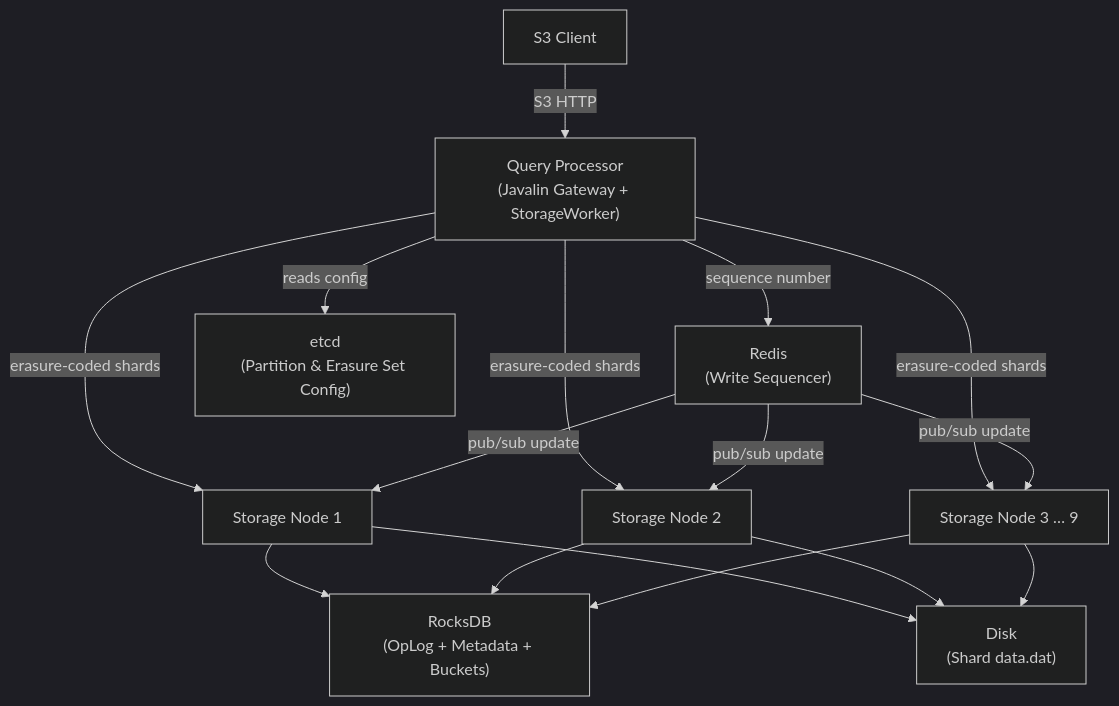
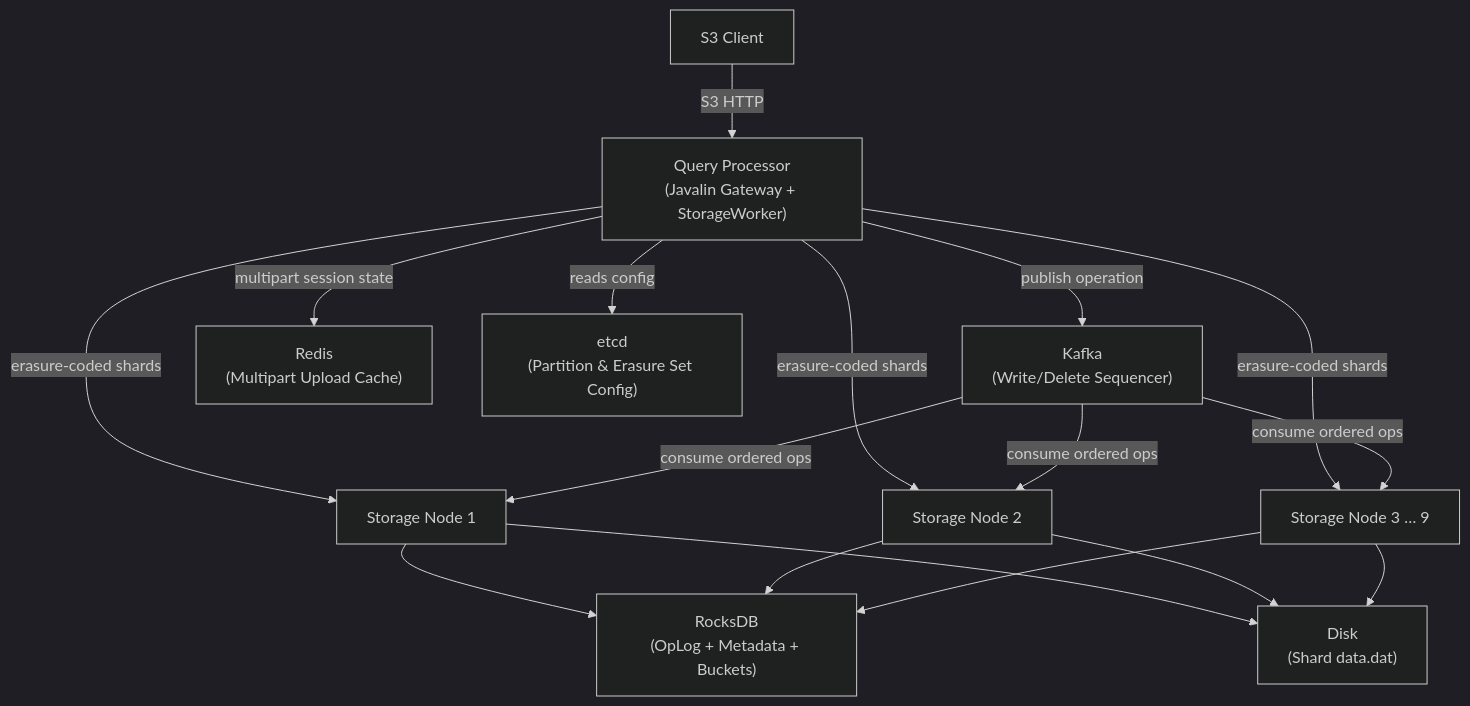
One commit to S26-Distributed-Capstone/Koop changed the first of 16 diagrams in docs/workflow.md. Above: the diagram before and after it, drawn with Mermaid (dark theme). The commit also changed other lines of this file, not shown here.

Commit message:
Update workflow documentation to reflect Kafka integration as the sequencer for operations

````diff
--- a/docs/workflow.md
+++ b/docs/workflow.md
@@ -34,28 +34,30 @@
 ```mermaid
 graph TD
     Client["S3 Client"]
     QP["Query Processor\n(Javalin Gateway + StorageWorker)"]
-    Redis["Redis\n(Write Sequencer)"]
+    Kafka["Kafka\n(Write/Delete Sequencer)"]
+    Redis["Redis\n(Multipart Upload Cache)"]
     Etcd["etcd\n(Partition & Erasure Set Config)"]
     SN1["Storage Node 1"]
     SN2["Storage Node 2"]
     SN3["Storage Node 3 … 9"]
     RocksDB["RocksDB\n(OpLog + Metadata + Buckets)"]
     Disk["Disk\n(Shard data.dat)"]
 
     Client -->|"S3 HTTP"| QP
     QP -->|"reads config"| Etcd
-    QP -->|"sequence number"| Redis
+    QP -->|"publish operation"| Kafka
+    QP -->|"multipart session state"| Redis
     QP -->|"erasure-coded shards"| SN1
     QP -->|"erasure-coded shards"| SN2
     QP -->|"erasure-coded shards"| SN3
     SN1 --> RocksDB
     SN1 --> Disk
     SN2 --> RocksDB
     SN2 --> Disk
     SN3 --> RocksDB
     SN3 --> Disk
-    Redis -->|"pub/sub update"| SN1
-    Redis -->|"pub/sub update"| SN2
-    Redis -->|"pub/sub update"| SN3
+    Kafka -->|"consume ordered ops"| SN1
+    Kafka -->|"consume ordered ops"| SN2
+    Kafka -->|"consume ordered ops"| SN3
 ```
````
